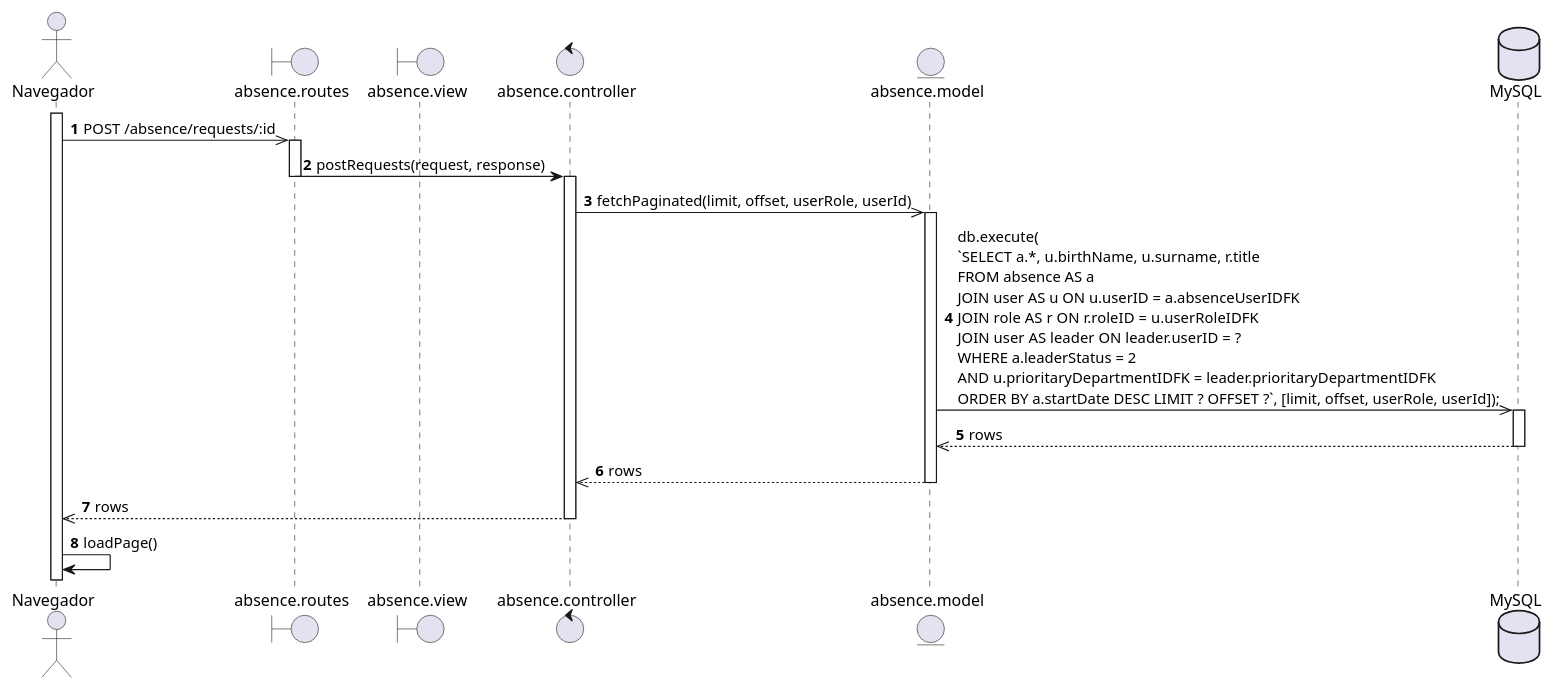
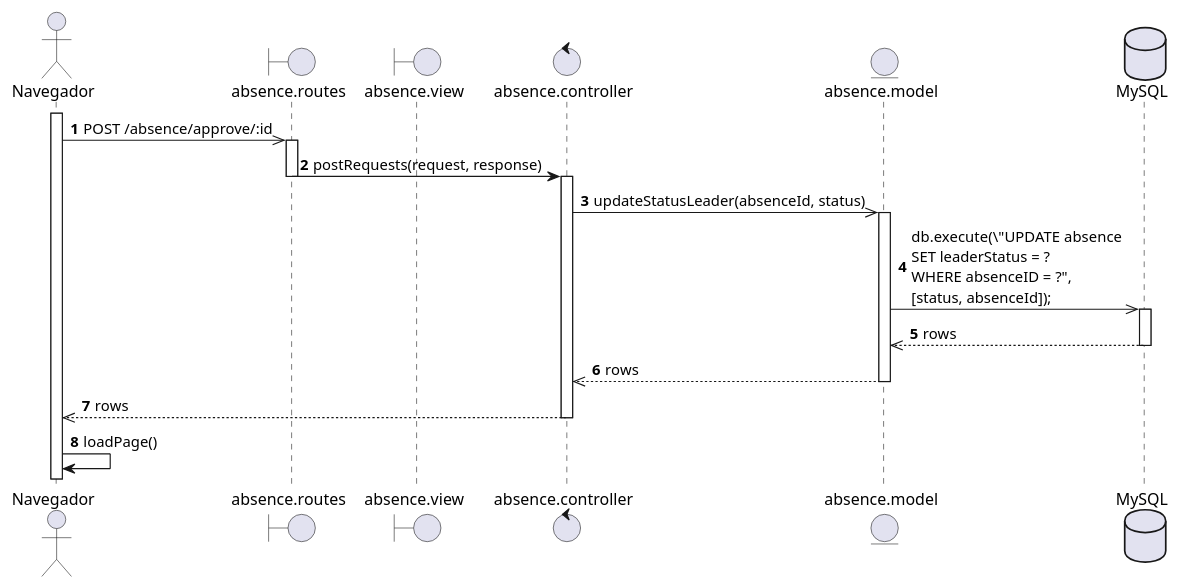
The diagram in diagrams/Casos de Uso/Mauricio/diagrama de secuencia/CU018.puml (EdCanCe/WorkCells), drawn with PlantUML before and after one commit. The commit also changed 4 other files, not shown here.

Commit message:
Adding possible rewrite on absence.model sql query to future change on database

```diff
--- a/diagrams/Casos de Uso/Mauricio/diagrama de secuencia/CU018.puml
+++ b/diagrams/Casos de Uso/Mauricio/diagrama de secuencia/CU018.puml
@@ -1,41 +1,41 @@
 @startuml CU018 - Líder registra respuesta hacia ausencia de colaborador - Diagrama de secuencia
 actor Navegador
 boundary "absence.routes" as Routes
 boundary "absence.view" as View
 control "absence.controller" as Controller
 entity "absence.model" as Model
 database "MySQL" as DB
 
 autonumber
 
 ' El Navegador envía la petición AJAX para registrar la respuesta a la ausencia
 activate Navegador
-Navegador ->> Routes: POST /absence/requests/:id
+Navegador ->> Routes: POST /absence/approve/:id
 
 activate Routes
 Routes -> Controller: postRequests(request, response)
 deactivate Routes
 activate Controller
 
 ' El controlador invoca al modelo para actualizar la respuesta de la ausencia
-Controller ->> Model: fetchPaginated(limit, offset, userRole, userId)
+Controller ->> Model: updateStatusLeader(absenceId, status)
 activate Model
 
 ' El modelo ejecuta la consulta en la base de datos
-Model ->> DB: db.execute(\n`SELECT a.*, u.birthName, u.surname, r.title\nFROM absence AS a\nJOIN user AS u ON u.userID = a.absenceUserIDFK\nJOIN role AS r ON r.roleID = u.userRoleIDFK\nJOIN user AS leader ON leader.userID = ?\nWHERE a.leaderStatus = 2\nAND u.prioritaryDepartmentIDFK = leader.prioritaryDepartmentIDFK\nORDER BY a.startDate DESC LIMIT ? OFFSET ?`, [limit, offset, userRole, userId]);
+Model ->> DB: db.execute(\"UPDATE absence \nSET leaderStatus = ? \nWHERE absenceID = ?", \n[status, absenceId]);
 activate DB
 DB -->> Model: rows
 deactivate DB
 
 Model -->> Controller: rows
 deactivate Model
 
 ' El controlador procesa el resultado y prepara la respuesta para la vista (AJAX JSON o fragmento HTML)
 Controller -->> Navegador: rows
 deactivate Controller
 
 
 ' El Navegador procesa la respuesta y actualiza la interfaz
 Navegador -> Navegador: loadPage()
 
 @enduml
```
